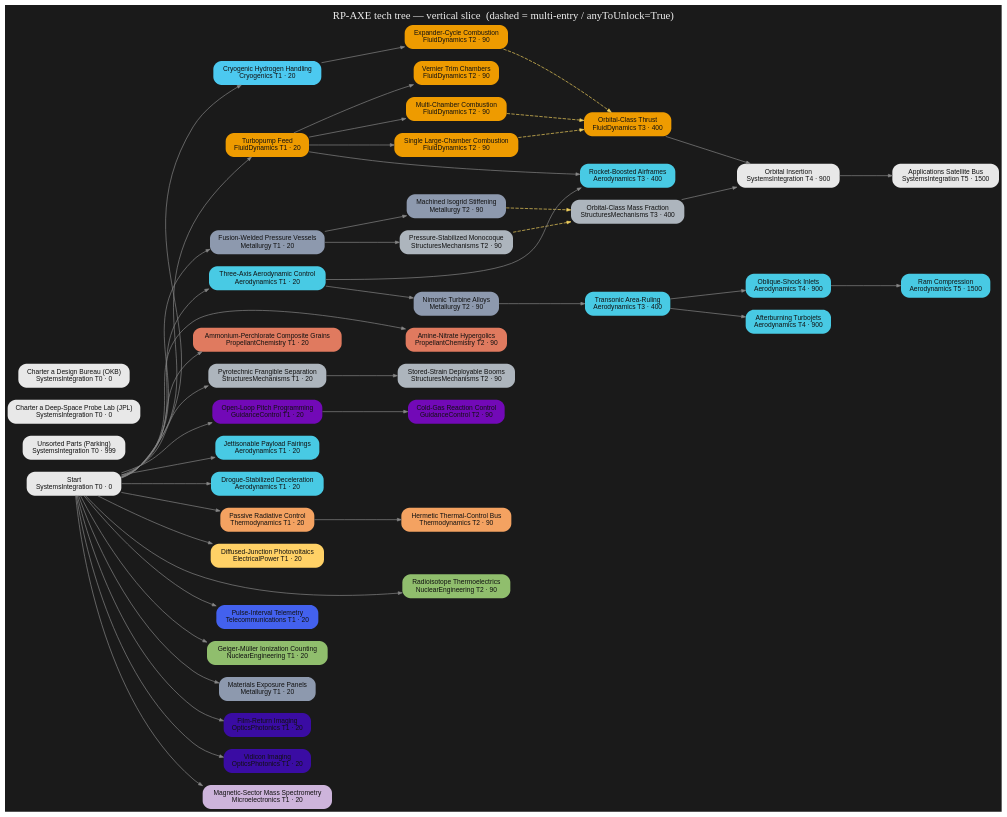
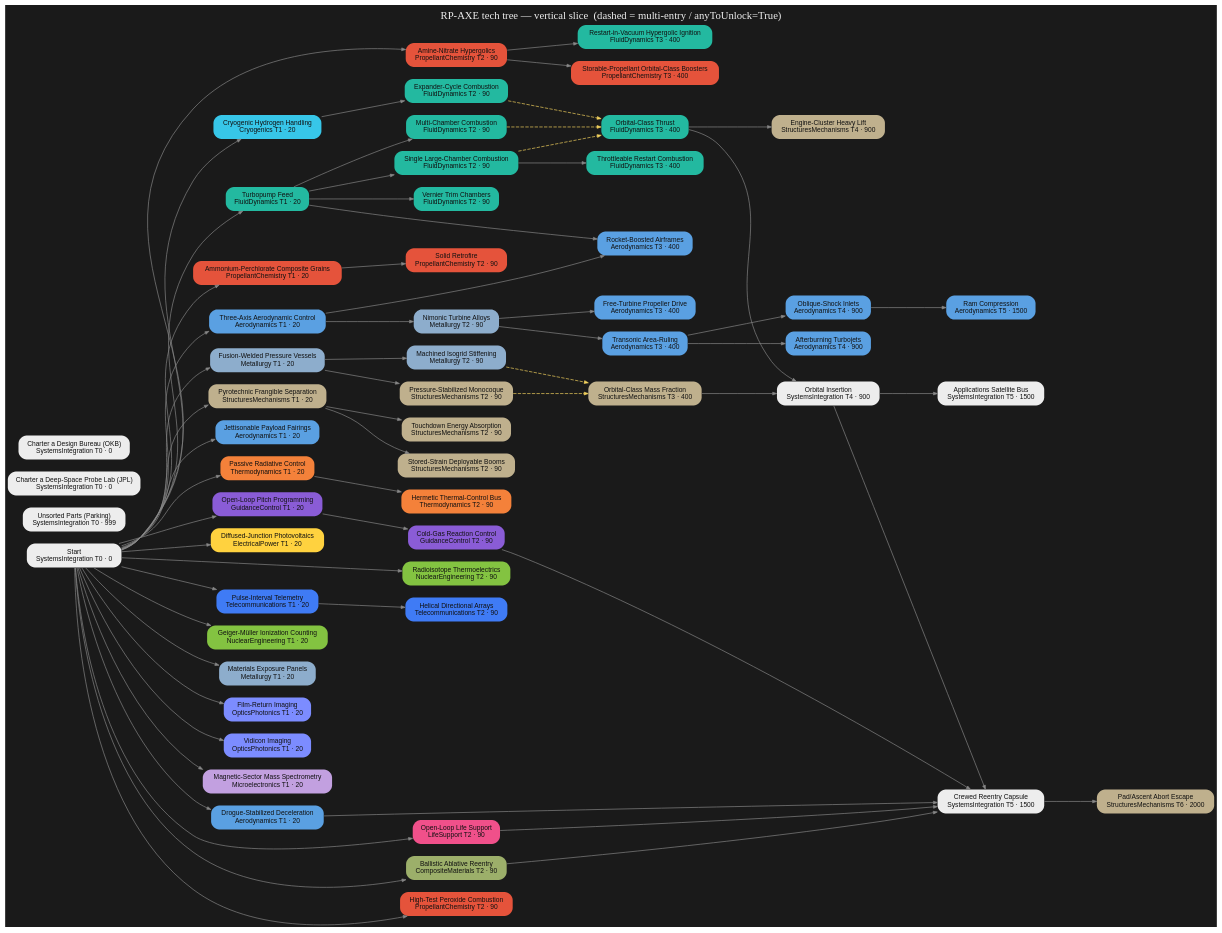
Before and after one commit to miskoltrans/RP-AXE: the diagram in tree/render/axe-tree.dot, drawn with Graphviz. The commit also changed 6 other files, not shown here.

```diff
--- a/tree/render/axe-tree.dot
+++ b/tree/render/axe-tree.dot
@@ -2,54 +2,68 @@
   rankdir=LR; bgcolor="#1a1a1a"; nodesep=0.25; ranksep=1.1;
   node[shape=box,style="filled,rounded",fontname="Helvetica",fontsize=10,color="#00000000"];
   edge[color="#888888",arrowsize=0.6];
-  "start" [label="Start\nSystemsIntegration T0 · 0",fillcolor="#e8e8e8",fontcolor="#111111"];
-  "parking" [label="Unsorted Parts (Parking)\nSystemsIntegration T0 · 999",fillcolor="#e8e8e8",fontcolor="#111111"];
-  "hire_JPL" [label="Charter a Deep-Space Probe Lab (JPL)\nSystemsIntegration T0 · 0",fillcolor="#e8e8e8",fontcolor="#111111"];
-  "hire_OKB" [label="Charter a Design Bureau (OKB)\nSystemsIntegration T0 · 0",fillcolor="#e8e8e8",fontcolor="#111111"];
-  "fd_turbopumpFeed" [label="Turbopump Feed\nFluidDynamics T1 · 20",fillcolor="#ee9b00",fontcolor="#111111"];
-  "fd_multiChamber" [label="Multi-Chamber Combustion\nFluidDynamics T2 · 90",fillcolor="#ee9b00",fontcolor="#111111"];
-  "fd_baffledInjector" [label="Single Large-Chamber Combustion\nFluidDynamics T2 · 90",fillcolor="#ee9b00",fontcolor="#111111"];
-  "fd_verniers" [label="Vernier Trim Chambers\nFluidDynamics T2 · 90",fillcolor="#ee9b00",fontcolor="#111111"];
-  "pc_hypergolics" [label="Amine-Nitrate Hypergolics\nPropellantChemistry T2 · 90",fillcolor="#e07a5f",fontcolor="#111111"];
-  "cryo_hydrogen" [label="Cryogenic Hydrogen Handling\nCryogenics T1 · 20",fillcolor="#4cc9f0",fontcolor="#111111"];
-  "fd_expanderCycle" [label="Expander-Cycle Combustion\nFluidDynamics T2 · 90",fillcolor="#ee9b00",fontcolor="#111111"];
-  "fd_orbitalThrust" [label="Orbital-Class Thrust\nFluidDynamics T3 · 400",fillcolor="#ee9b00",fontcolor="#111111"];
-  "pc_solidGrains" [label="Ammonium-Perchlorate Composite Grains\nPropellantChemistry T1 · 20",fillcolor="#e07a5f",fontcolor="#111111"];
-  "met_weldedTank" [label="Fusion-Welded Pressure Vessels\nMetallurgy T1 · 20",fillcolor="#8d99ae",fontcolor="#111111"];
-  "met_isogrid" [label="Machined Isogrid Stiffening\nMetallurgy T2 · 90",fillcolor="#8d99ae",fontcolor="#111111"];
-  "str_balloonTank" [label="Pressure-Stabilized Monocoque\nStructuresMechanisms T2 · 90",fillcolor="#adb5bd",fontcolor="#111111"];
-  "str_orbitalMassFraction" [label="Orbital-Class Mass Fraction\nStructuresMechanisms T3 · 400",fillcolor="#adb5bd",fontcolor="#111111"];
-  "str_staging" [label="Pyrotechnic Frangible Separation\nStructuresMechanisms T1 · 20",fillcolor="#adb5bd",fontcolor="#111111"];
-  "gnc_pitchProgram" [label="Open-Loop Pitch Programming\nGuidanceControl T1 · 20",fillcolor="#7209b7",fontcolor="#111111"];
-  "gnc_rcs" [label="Cold-Gas Reaction Control\nGuidanceControl T2 · 90",fillcolor="#7209b7",fontcolor="#111111"];
-  "str_booms" [label="Stored-Strain Deployable Booms\nStructuresMechanisms T2 · 90",fillcolor="#adb5bd",fontcolor="#111111"];
-  "aero_fairings" [label="Jettisonable Payload Fairings\nAerodynamics T1 · 20",fillcolor="#48cae4",fontcolor="#111111"];
-  "aero_recovery" [label="Drogue-Stabilized Deceleration\nAerodynamics T1 · 20",fillcolor="#48cae4",fontcolor="#111111"];
-  "th_radiativeControl" [label="Passive Radiative Control\nThermodynamics T1 · 20",fillcolor="#f4a261",fontcolor="#111111"];
-  "th_hermeticBus" [label="Hermetic Thermal-Control Bus\nThermodynamics T2 · 90",fillcolor="#f4a261",fontcolor="#111111"];
-  "elec_siliconPV" [label="Diffused-Junction Photovoltaics\nElectricalPower T1 · 20",fillcolor="#ffd166",fontcolor="#111111"];
-  "nuc_rtg" [label="Radioisotope Thermoelectrics\nNuclearEngineering T2 · 90",fillcolor="#90be6d",fontcolor="#111111"];
-  "tel_telemetry" [label="Pulse-Interval Telemetry\nTelecommunications T1 · 20",fillcolor="#4361ee",fontcolor="#111111"];
-  "nuc_geiger" [label="Geiger-Müller Ionization Counting\nNuclearEngineering T1 · 20",fillcolor="#90be6d",fontcolor="#111111"];
-  "met_exposurePanels" [label="Materials Exposure Panels\nMetallurgy T1 · 20",fillcolor="#8d99ae",fontcolor="#111111"];
-  "opt_filmReturn" [label="Film-Return Imaging\nOpticsPhotonics T1 · 20",fillcolor="#3a0ca3",fontcolor="#111111"];
-  "opt_vidicon" [label="Vidicon Imaging\nOpticsPhotonics T1 · 20",fillcolor="#3a0ca3",fontcolor="#111111"];
-  "mic_massSpec" [label="Magnetic-Sector Mass Spectrometry\nMicroelectronics T1 · 20",fillcolor="#cdb4db",fontcolor="#111111"];
-  "int_orbitalInsertion" [label="Orbital Insertion\nSystemsIntegration T4 · 900",fillcolor="#e8e8e8",fontcolor="#111111"];
-  "int_applicationsSat" [label="Applications Satellite Bus\nSystemsIntegration T5 · 1500",fillcolor="#e8e8e8",fontcolor="#111111"];
-  "xplaneStart" [label="Three-Axis Aerodynamic Control\nAerodynamics T1 · 20",fillcolor="#48cae4",fontcolor="#111111"];
-  "met_turbineAlloys" [label="Nimonic Turbine Alloys\nMetallurgy T2 · 90",fillcolor="#8d99ae",fontcolor="#111111"];
-  "aero_areaRule" [label="Transonic Area-Ruling\nAerodynamics T3 · 400",fillcolor="#48cae4",fontcolor="#111111"];
-  "aero_shockInlets" [label="Oblique-Shock Inlets\nAerodynamics T4 · 900",fillcolor="#48cae4",fontcolor="#111111"];
-  "aero_afterburner" [label="Afterburning Turbojets\nAerodynamics T4 · 900",fillcolor="#48cae4",fontcolor="#111111"];
-  "aero_ramjet" [label="Ram Compression\nAerodynamics T5 · 1500",fillcolor="#48cae4",fontcolor="#111111"];
-  "aero_rocketplane" [label="Rocket-Boosted Airframes\nAerodynamics T3 · 400",fillcolor="#48cae4",fontcolor="#111111"];
+  "start" [label="Start\nSystemsIntegration T0 · 0",fillcolor="#ededed",fontcolor="#111111"];
+  "parking" [label="Unsorted Parts (Parking)\nSystemsIntegration T0 · 999",fillcolor="#ededed",fontcolor="#111111"];
+  "hire_JPL" [label="Charter a Deep-Space Probe Lab (JPL)\nSystemsIntegration T0 · 0",fillcolor="#ededed",fontcolor="#111111"];
+  "hire_OKB" [label="Charter a Design Bureau (OKB)\nSystemsIntegration T0 · 0",fillcolor="#ededed",fontcolor="#111111"];
+  "fd_turbopumpFeed" [label="Turbopump Feed\nFluidDynamics T1 · 20",fillcolor="#23b9a0",fontcolor="#111111"];
+  "fd_multiChamber" [label="Multi-Chamber Combustion\nFluidDynamics T2 · 90",fillcolor="#23b9a0",fontcolor="#111111"];
+  "fd_baffledInjector" [label="Single Large-Chamber Combustion\nFluidDynamics T2 · 90",fillcolor="#23b9a0",fontcolor="#111111"];
+  "fd_verniers" [label="Vernier Trim Chambers\nFluidDynamics T2 · 90",fillcolor="#23b9a0",fontcolor="#111111"];
+  "pc_hypergolics" [label="Amine-Nitrate Hypergolics\nPropellantChemistry T2 · 90",fillcolor="#e5533b",fontcolor="#111111"];
+  "cryo_hydrogen" [label="Cryogenic Hydrogen Handling\nCryogenics T1 · 20",fillcolor="#37c6e8",fontcolor="#111111"];
+  "fd_expanderCycle" [label="Expander-Cycle Combustion\nFluidDynamics T2 · 90",fillcolor="#23b9a0",fontcolor="#111111"];
+  "fd_orbitalThrust" [label="Orbital-Class Thrust\nFluidDynamics T3 · 400",fillcolor="#23b9a0",fontcolor="#111111"];
+  "pc_solidGrains" [label="Ammonium-Perchlorate Composite Grains\nPropellantChemistry T1 · 20",fillcolor="#e5533b",fontcolor="#111111"];
+  "met_weldedTank" [label="Fusion-Welded Pressure Vessels\nMetallurgy T1 · 20",fillcolor="#8dadcc",fontcolor="#111111"];
+  "met_isogrid" [label="Machined Isogrid Stiffening\nMetallurgy T2 · 90",fillcolor="#8dadcc",fontcolor="#111111"];
+  "str_balloonTank" [label="Pressure-Stabilized Monocoque\nStructuresMechanisms T2 · 90",fillcolor="#bfb08d",fontcolor="#111111"];
+  "str_orbitalMassFraction" [label="Orbital-Class Mass Fraction\nStructuresMechanisms T3 · 400",fillcolor="#bfb08d",fontcolor="#111111"];
+  "str_staging" [label="Pyrotechnic Frangible Separation\nStructuresMechanisms T1 · 20",fillcolor="#bfb08d",fontcolor="#111111"];
+  "gnc_pitchProgram" [label="Open-Loop Pitch Programming\nGuidanceControl T1 · 20",fillcolor="#8a5cd6",fontcolor="#111111"];
+  "gnc_rcs" [label="Cold-Gas Reaction Control\nGuidanceControl T2 · 90",fillcolor="#8a5cd6",fontcolor="#111111"];
+  "str_booms" [label="Stored-Strain Deployable Booms\nStructuresMechanisms T2 · 90",fillcolor="#bfb08d",fontcolor="#111111"];
+  "aero_fairings" [label="Jettisonable Payload Fairings\nAerodynamics T1 · 20",fillcolor="#5aa0e2",fontcolor="#111111"];
+  "aero_recovery" [label="Drogue-Stabilized Deceleration\nAerodynamics T1 · 20",fillcolor="#5aa0e2",fontcolor="#111111"];
+  "th_radiativeControl" [label="Passive Radiative Control\nThermodynamics T1 · 20",fillcolor="#f4813a",fontcolor="#111111"];
+  "th_hermeticBus" [label="Hermetic Thermal-Control Bus\nThermodynamics T2 · 90",fillcolor="#f4813a",fontcolor="#111111"];
+  "elec_siliconPV" [label="Diffused-Junction Photovoltaics\nElectricalPower T1 · 20",fillcolor="#ffd23f",fontcolor="#111111"];
+  "nuc_rtg" [label="Radioisotope Thermoelectrics\nNuclearEngineering T2 · 90",fillcolor="#83c341",fontcolor="#111111"];
+  "tel_telemetry" [label="Pulse-Interval Telemetry\nTelecommunications T1 · 20",fillcolor="#3f7bf5",fontcolor="#111111"];
+  "nuc_geiger" [label="Geiger-Müller Ionization Counting\nNuclearEngineering T1 · 20",fillcolor="#83c341",fontcolor="#111111"];
+  "met_exposurePanels" [label="Materials Exposure Panels\nMetallurgy T1 · 20",fillcolor="#8dadcc",fontcolor="#111111"];
+  "opt_filmReturn" [label="Film-Return Imaging\nOpticsPhotonics T1 · 20",fillcolor="#7c8cff",fontcolor="#111111"];
+  "opt_vidicon" [label="Vidicon Imaging\nOpticsPhotonics T1 · 20",fillcolor="#7c8cff",fontcolor="#111111"];
+  "mic_massSpec" [label="Magnetic-Sector Mass Spectrometry\nMicroelectronics T1 · 20",fillcolor="#c2a0e0",fontcolor="#111111"];
+  "int_orbitalInsertion" [label="Orbital Insertion\nSystemsIntegration T4 · 900",fillcolor="#ededed",fontcolor="#111111"];
+  "int_applicationsSat" [label="Applications Satellite Bus\nSystemsIntegration T5 · 1500",fillcolor="#ededed",fontcolor="#111111"];
+  "xplaneStart" [label="Three-Axis Aerodynamic Control\nAerodynamics T1 · 20",fillcolor="#5aa0e2",fontcolor="#111111"];
+  "met_turbineAlloys" [label="Nimonic Turbine Alloys\nMetallurgy T2 · 90",fillcolor="#8dadcc",fontcolor="#111111"];
+  "aero_areaRule" [label="Transonic Area-Ruling\nAerodynamics T3 · 400",fillcolor="#5aa0e2",fontcolor="#111111"];
+  "aero_shockInlets" [label="Oblique-Shock Inlets\nAerodynamics T4 · 900",fillcolor="#5aa0e2",fontcolor="#111111"];
+  "aero_afterburner" [label="Afterburning Turbojets\nAerodynamics T4 · 900",fillcolor="#5aa0e2",fontcolor="#111111"];
+  "aero_ramjet" [label="Ram Compression\nAerodynamics T5 · 1500",fillcolor="#5aa0e2",fontcolor="#111111"];
+  "aero_rocketplane" [label="Rocket-Boosted Airframes\nAerodynamics T3 · 400",fillcolor="#5aa0e2",fontcolor="#111111"];
+  "life_openLoopECLSS" [label="Open-Loop Life Support\nLifeSupport T2 · 90",fillcolor="#f0508a",fontcolor="#111111"];
+  "cmp_ablativeTPS" [label="Ballistic Ablative Reentry\nCompositeMaterials T2 · 90",fillcolor="#9caf6a",fontcolor="#111111"];
+  "int_crewedCapsule" [label="Crewed Reentry Capsule\nSystemsIntegration T5 · 1500",fillcolor="#ededed",fontcolor="#111111"];
+  "str_launchEscape" [label="Pad/Ascent Abort Escape\nStructuresMechanisms T6 · 2000",fillcolor="#bfb08d",fontcolor="#111111"];
+  "str_landingLegs" [label="Touchdown Energy Absorption\nStructuresMechanisms T2 · 90",fillcolor="#bfb08d",fontcolor="#111111"];
+  "fd_deepThrottleEarly" [label="Throttleable Restart Combustion\nFluidDynamics T3 · 400",fillcolor="#23b9a0",fontcolor="#111111"];
+  "pc_hydrogenPeroxide" [label="High-Test Peroxide Combustion\nPropellantChemistry T2 · 90",fillcolor="#e5533b",fontcolor="#111111"];
+  "fd_restartableHypergolics" [label="Restart-in-Vacuum Hypergolic Ignition\nFluidDynamics T3 · 400",fillcolor="#23b9a0",fontcolor="#111111"];
+  "pc_storableBoosters" [label="Storable-Propellant Orbital-Class Boosters\nPropellantChemistry T3 · 400",fillcolor="#e5533b",fontcolor="#111111"];
+  "str_engineClustering" [label="Engine-Cluster Heavy Lift\nStructuresMechanisms T4 · 900",fillcolor="#bfb08d",fontcolor="#111111"];
+  "pc_solidRetrofire" [label="Solid Retrofire\nPropellantChemistry T2 · 90",fillcolor="#e5533b",fontcolor="#111111"];
+  "tel_helicalDirectional" [label="Helical Directional Arrays\nTelecommunications T2 · 90",fillcolor="#3f7bf5",fontcolor="#111111"];
+  "aero_turboshaftProp" [label="Free-Turbine Propeller Drive\nAerodynamics T3 · 400",fillcolor="#5aa0e2",fontcolor="#111111"];
   { rank=same; "start" "parking" "hire_JPL" "hire_OKB" }
   { rank=same; "fd_turbopumpFeed" "cryo_hydrogen" "pc_solidGrains" "met_weldedTank" "str_staging" "gnc_pitchProgram" "aero_fairings" "aero_recovery" "th_radiativeControl" "elec_siliconPV" "tel_telemetry" "nuc_geiger" "met_exposurePanels" "opt_filmReturn" "opt_vidicon" "mic_massSpec" "xplaneStart" }
-  { rank=same; "fd_multiChamber" "fd_baffledInjector" "fd_verniers" "pc_hypergolics" "fd_expanderCycle" "met_isogrid" "str_balloonTank" "gnc_rcs" "str_booms" "th_hermeticBus" "nuc_rtg" "met_turbineAlloys" }
-  { rank=same; "fd_orbitalThrust" "str_orbitalMassFraction" "aero_areaRule" "aero_rocketplane" }
-  { rank=same; "int_orbitalInsertion" "aero_shockInlets" "aero_afterburner" }
-  { rank=same; "int_applicationsSat" "aero_ramjet" }
+  { rank=same; "fd_multiChamber" "fd_baffledInjector" "fd_verniers" "pc_hypergolics" "fd_expanderCycle" "met_isogrid" "str_balloonTank" "gnc_rcs" "str_booms" "th_hermeticBus" "nuc_rtg" "met_turbineAlloys" "life_openLoopECLSS" "cmp_ablativeTPS" "str_landingLegs" "pc_hydrogenPeroxide" "pc_solidRetrofire" "tel_helicalDirectional" }
+  { rank=same; "fd_orbitalThrust" "str_orbitalMassFraction" "aero_areaRule" "aero_rocketplane" "fd_deepThrottleEarly" "fd_restartableHypergolics" "pc_storableBoosters" "aero_turboshaftProp" }
+  { rank=same; "int_orbitalInsertion" "aero_shockInlets" "aero_afterburner" "str_engineClustering" }
+  { rank=same; "int_applicationsSat" "aero_ramjet" "int_crewedCapsule" }
+  { rank=same; "str_launchEscape" }
   "start" -> "fd_turbopumpFeed" [style=solid];
   "fd_turbopumpFeed" -> "fd_multiChamber" [style=solid];
   "fd_turbopumpFeed" -> "fd_baffledInjector" [style=solid];
@@ -93,6 +107,23 @@
   "aero_shockInlets" -> "aero_ramjet" [style=solid];
   "xplaneStart" -> "aero_rocketplane" [style=solid];
   "fd_turbopumpFeed" -> "aero_rocketplane" [style=solid];
+  "start" -> "life_openLoopECLSS" [style=solid];
+  "start" -> "cmp_ablativeTPS" [style=solid];
+  "int_orbitalInsertion" -> "int_crewedCapsule" [style=solid];
+  "gnc_rcs" -> "int_crewedCapsule" [style=solid];
+  "aero_recovery" -> "int_crewedCapsule" [style=solid];
+  "life_openLoopECLSS" -> "int_crewedCapsule" [style=solid];
+  "cmp_ablativeTPS" -> "int_crewedCapsule" [style=solid];
+  "int_crewedCapsule" -> "str_launchEscape" [style=solid];
+  "str_staging" -> "str_landingLegs" [style=solid];
+  "fd_baffledInjector" -> "fd_deepThrottleEarly" [style=solid];
+  "start" -> "pc_hydrogenPeroxide" [style=solid];
+  "pc_hypergolics" -> "fd_restartableHypergolics" [style=solid];
+  "pc_hypergolics" -> "pc_storableBoosters" [style=solid];
+  "fd_orbitalThrust" -> "str_engineClustering" [style=solid];
+  "pc_solidGrains" -> "pc_solidRetrofire" [style=solid];
+  "tel_telemetry" -> "tel_helicalDirectional" [style=solid];
+  "met_turbineAlloys" -> "aero_turboshaftProp" [style=solid];
   labelloc="t"; fontcolor="#eeeeee"; fontsize=16;
   label="RP-AXE tech tree — vertical slice  (dashed = multi-entry / anyToUnlock=True)";
 }
```
